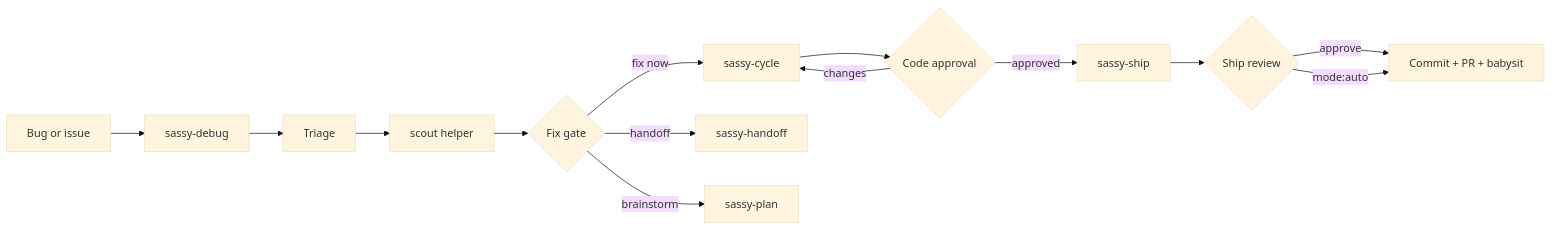
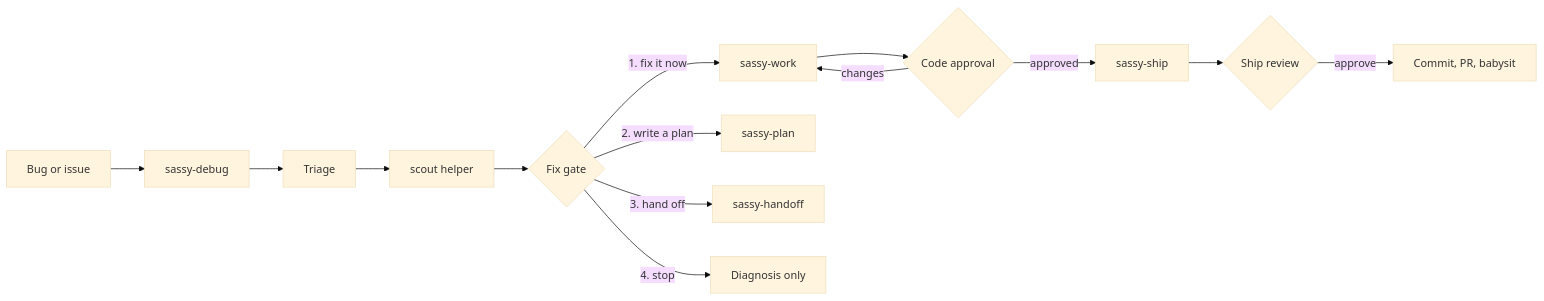
One commit to sassywares/sassy-skills changed the second of 2 diagrams in README.md. Above: the diagram before and after it, drawn with Mermaid (base theme). The commit also changed other lines of this file and 5 other files, not shown here.

````diff
--- a/README.md
+++ b/README.md
@@ -150,16 +150,16 @@
 ```mermaid
 flowchart LR
   A[Bug or issue] --> B[sassy-debug]
   B --> C[Triage]
   C --> D[scout helper]
   D --> E{Fix gate}
-  E -->|fix now| F[sassy-cycle]
-  E -->|handoff| G[sassy-handoff]
-  E -->|brainstorm| H[sassy-plan]
-  F --> I{Code approval}
-  I -->|changes| F
-  I -->|approved| J[sassy-ship]
-  J --> K{Ship review}
-  K -->|approve| L[Commit + PR + babysit]
-  K -->|mode:auto| L
+  E -->|1. fix it now| F[sassy-work]
+  E -->|2. write a plan| G[sassy-plan]
+  E -->|3. hand off| H[sassy-handoff]
+  E -->|4. stop| I[Diagnosis only]
+  F --> J{Code approval}
+  J -->|changes| F
+  J -->|approved| K[sassy-ship]
+  K --> L{Ship review}
+  L -->|approve| M[Commit, PR, babysit]
 ```
````
